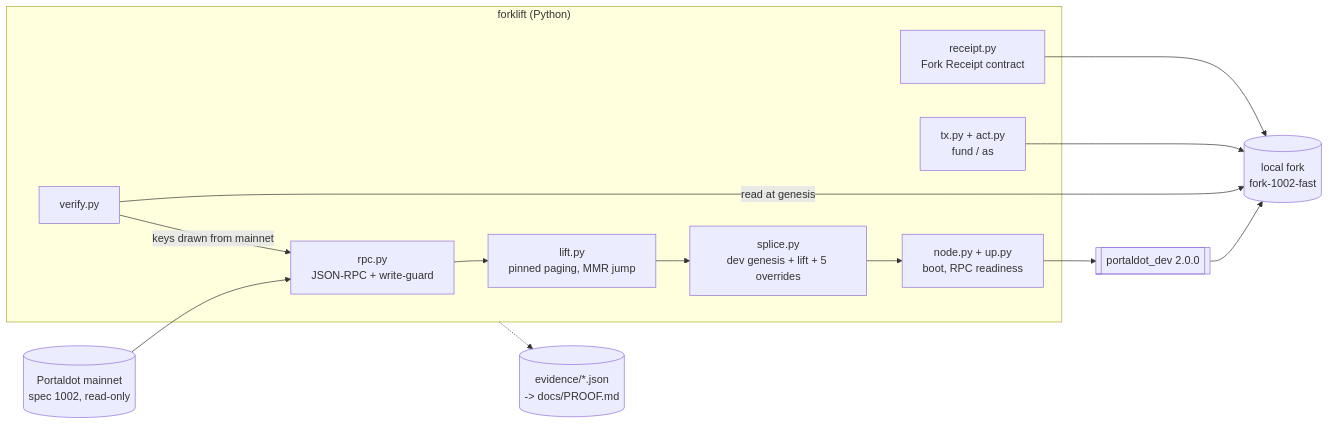
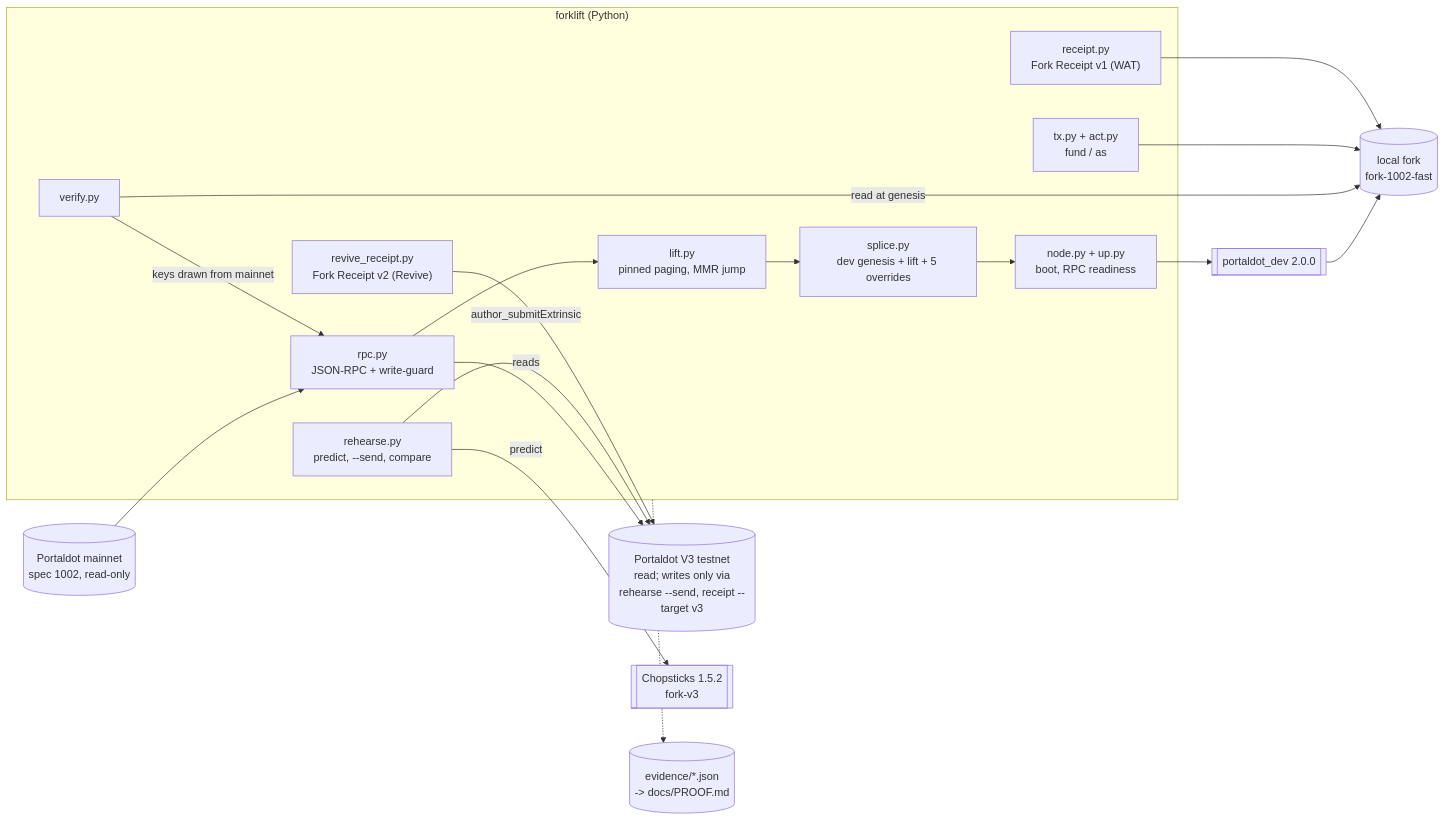
One commit to edycutjong/portaldot-hackathon-2026-forklift-edycu changed the diagram in README.md. Above: the diagram before and after it, drawn with Mermaid. The commit also changed other lines of this file and 4 other files, not shown here.

Commit message:
docs: refresh README status, architecture diagrams, landing and deck for the final build (V3 path, Receipt v2, replays, benchmarks)

````diff
--- a/README.md
+++ b/README.md
@@ -163,22 +163,30 @@
 ```mermaid
 flowchart LR
     M[("Portaldot mainnet\nspec 1002, read-only")]
     subgraph tool["forklift (Python)"]
       RPC["rpc.py\nJSON-RPC + write-guard"]
       LIFT["lift.py\npinned paging, MMR jump"]
       SPL["splice.py\ndev genesis + lift + 5 overrides"]
       NODE["node.py + up.py\nboot, RPC readiness"]
       VER["verify.py"]
       ACT["tx.py + act.py\nfund / as"]
-      REC["receipt.py\nFork Receipt contract"]
+      REC["receipt.py\nFork Receipt v1 (WAT)"]
+      RHS["rehearse.py\npredict, --send, compare"]
+      RVR["revive_receipt.py\nFork Receipt v2 (Revive)"]
     end
+    V3[("Portaldot V3 testnet\nread; writes only via\nrehearse --send, receipt --target v3")]
+    CHOP[["Chopsticks 1.5.2\nfork-v3"]]
     BIN[["portaldot_dev 2.0.0"]]
     F[("local fork\nfork-1002-fast")]
     EV[("evidence/*.json\n-> docs/PROOF.md")]
     M --> RPC --> LIFT --> SPL --> NODE --> BIN --> F
     VER -- "keys drawn from mainnet" --> RPC
     VER -- "read at genesis" --> F
     ACT --> F
     REC --> F
+    RPC -- "reads" --> V3
+    RHS -- "predict" --> CHOP
+    RHS -- "author_submitExtrinsic" --> V3
+    RVR --> V3
     tool -.-> EV
 ```
````
